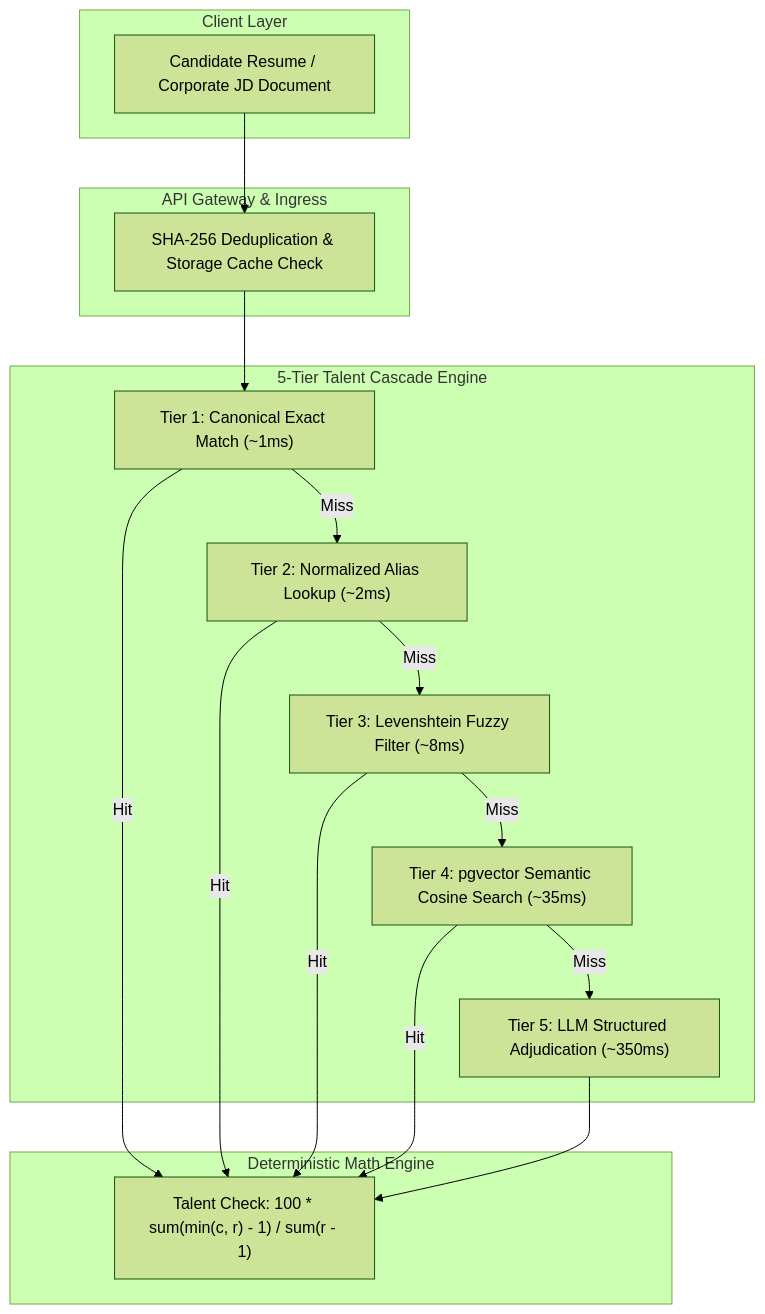
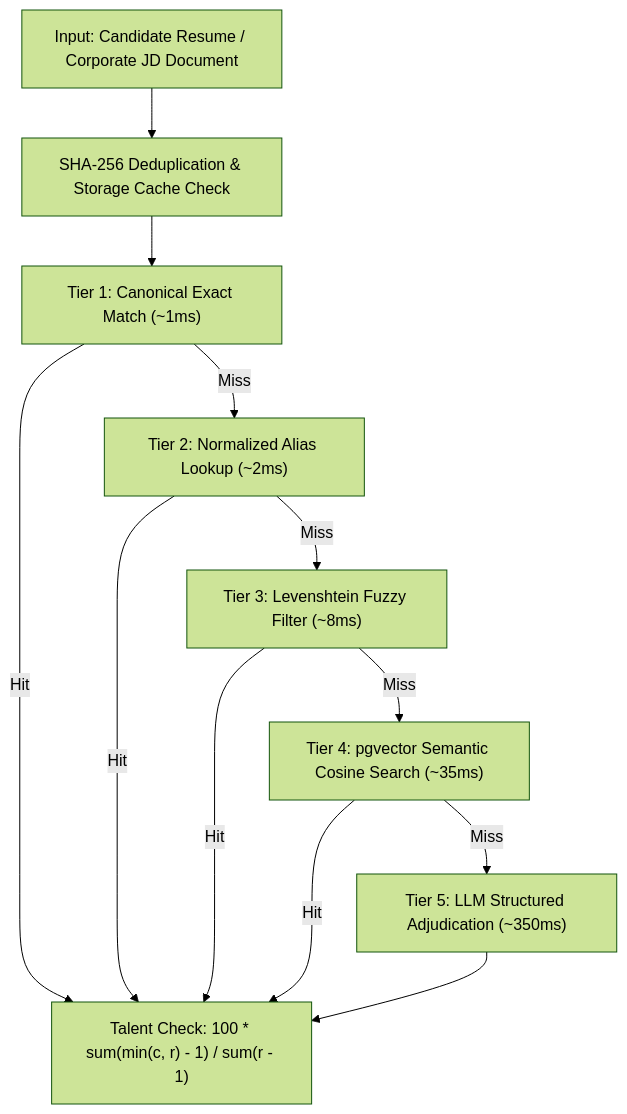
Before and after one commit to Sahil-coder-30/Bootcamp: the diagram in README.md, drawn with Mermaid (forest theme).

Commit message:
docs: remove subgraphs from architecture diagram for transparent canvas

````diff
--- a/README.md
+++ b/README.md
@@ -57,34 +57,23 @@
 ```mermaid
 flowchart TD
-    subgraph Client ["Client Layer"]
-        IN["Candidate Resume / Corporate JD Document"]
-    end
-
-    subgraph Ingress ["API Gateway & Ingress"]
-        SHA["SHA-256 Deduplication & Storage Cache Check"]
-    end
-
-    subgraph Cascade ["5-Tier Talent Cascade Engine"]
-        T1["Tier 1: Canonical Exact Match (~1ms)"]
-        T2["Tier 2: Normalized Alias Lookup (~2ms)"]
-        T3["Tier 3: Levenshtein Fuzzy Filter (~8ms)"]
-        T4["Tier 4: pgvector Semantic Cosine Search (~35ms)"]
-        T5["Tier 5: LLM Structured Adjudication (~350ms)"]
-    end
-
-    subgraph Verification ["Deterministic Math Engine"]
-        MATH["Talent Check: 100 * sum(min(c, r) - 1) / sum(r - 1)"]
-    end
+    IN["Input: Candidate Resume / Corporate JD Document"]
+    SHA["SHA-256 Deduplication & Storage Cache Check"]
+    T1["Tier 1: Canonical Exact Match (~1ms)"]
+    T2["Tier 2: Normalized Alias Lookup (~2ms)"]
+    T3["Tier 3: Levenshtein Fuzzy Filter (~8ms)"]
+    T4["Tier 4: pgvector Semantic Cosine Search (~35ms)"]
+    T5["Tier 5: LLM Structured Adjudication (~350ms)"]
+    MATH["Talent Check: 100 * sum(min(c, r) - 1) / sum(r - 1)"]
 
     IN --> SHA
     SHA --> T1
     T1 -- "Hit" --> MATH
     T1 -- "Miss" --> T2
     T2 -- "Hit" --> MATH
     T2 -- "Miss" --> T3
     T3 -- "Hit" --> MATH
     T3 -- "Miss" --> T4
     T4 -- "Hit" --> MATH
     T4 -- "Miss" --> T5
     T5 --> MATH
 ```
````
